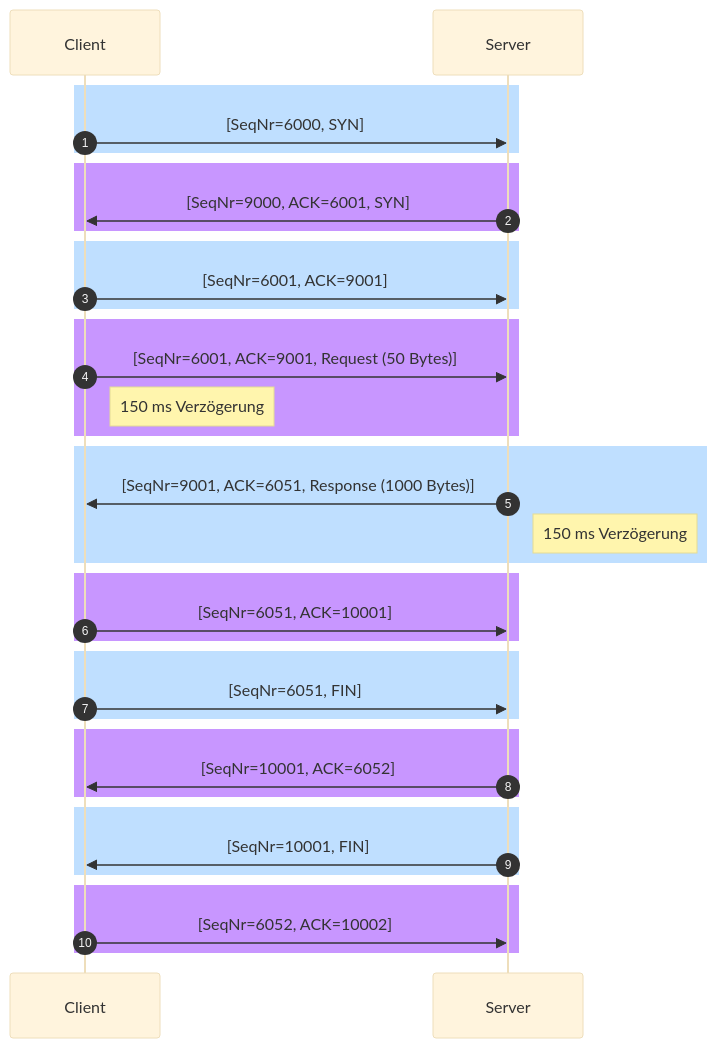
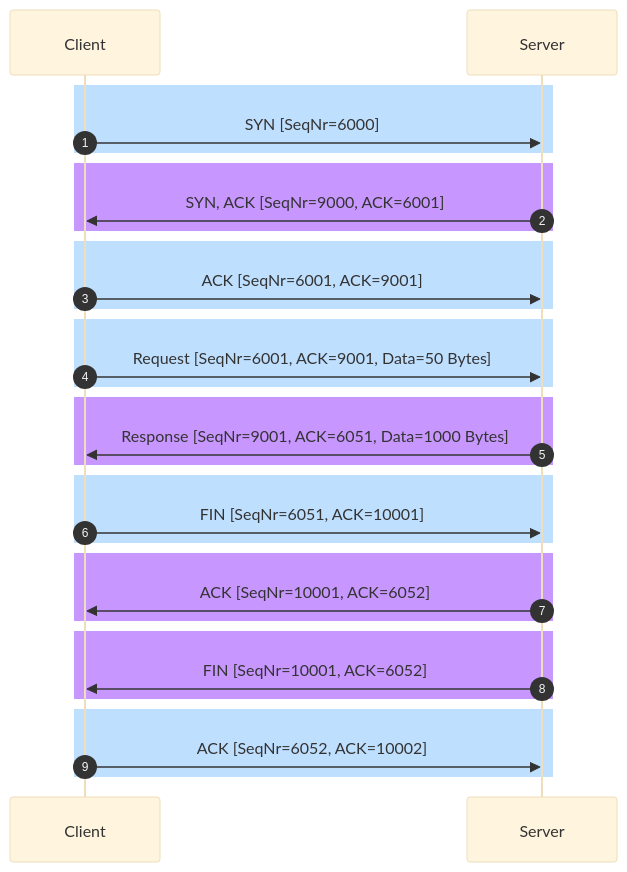
One commit to noluyorAbi/quartzDeployment changed the sixth of 6 diagrams in content/4.Semester/Informatik/RNVS/RNVS-Übungblätter/ÜB 06/RNVS-Blatt-06.md. Above: the diagram before and after it, drawn with Mermaid (base theme). The commit also changed other lines of this file, not shown here.

Commit message:
Quartz sync: May 31, 2024, 12:08 AM

````diff
--- a/content/4.Semester/Informatik/RNVS/RNVS-Übungblätter/ÜB 06/RNVS-Blatt-06.md
+++ b/content/4.Semester/Informatik/RNVS/RNVS-Übungblätter/ÜB 06/RNVS-Blatt-06.md
@@ -663,46 +663,47 @@
 ```mermaid
 sequenceDiagram
 autonumber
 
 participant C as Client
 participant S as Server
 
-%% Verbindungsaufbau
+%% Establishing the connection (Three-way handshake)
 rect rgb(191, 223, 255)
-C->>S: [SeqNr=6000, SYN]
-end
-rect rgb(200, 150, 255)
-S->>C: [SeqNr=9000, ACK=6001, SYN]
-end
-rect rgb(191, 223, 255)
-C->>S: [SeqNr=6001, ACK=9001]
+C->>S: SYN [SeqNr=6000]
 end
 
-%% Anfrage senden
 rect rgb(200, 150, 255)
-C->>S: [SeqNr=6001, ACK=9001, Request (50 Bytes)]
-Note right of C: 150 ms Verzögerung
-end
-rect rgb(191, 223, 255)
-S->>C: [SeqNr=9001, ACK=6051, Response (1000 Bytes)]
-Note right of S: 150 ms Verzögerung
-end
-rect rgb(200, 150, 255)
-C->>S: [SeqNr=6051, ACK=10001]
+S->>C: SYN, ACK [SeqNr=9000, ACK=6001]
 end
 
-%% Verbindung beenden
 rect rgb(191, 223, 255)
-C->>S: [SeqNr=6051, FIN]
+C->>S: ACK [SeqNr=6001, ACK=9001]
 end
+
+%% Request-Response Exchange
+rect rgb(191, 223, 255)
+C->>S: Request [SeqNr=6001, ACK=9001, Data=50 Bytes]
+end
+
 rect rgb(200, 150, 255)
-S->>C: [SeqNr=10001, ACK=6052]
+S->>C: Response [SeqNr=9001, ACK=6051, Data=1000 Bytes]
 end
+
+%% Terminating the connection (Four-way handshake)
 rect rgb(191, 223, 255)
-S->>C: [SeqNr=10001, FIN]
+C->>S: FIN [SeqNr=6051, ACK=10001]
 end
+
 rect rgb(200, 150, 255)
-C->>S: [SeqNr=6052, ACK=10002]
+S->>C: ACK [SeqNr=10001, ACK=6052]
+end
+
+rect rgb(200, 150, 255)
+S->>C: FIN [SeqNr=10001, ACK=6052]
+end
+
+rect rgb(191, 223, 255)
+C->>S: ACK [SeqNr=6052, ACK=10002]
 end
 
 ```
````
